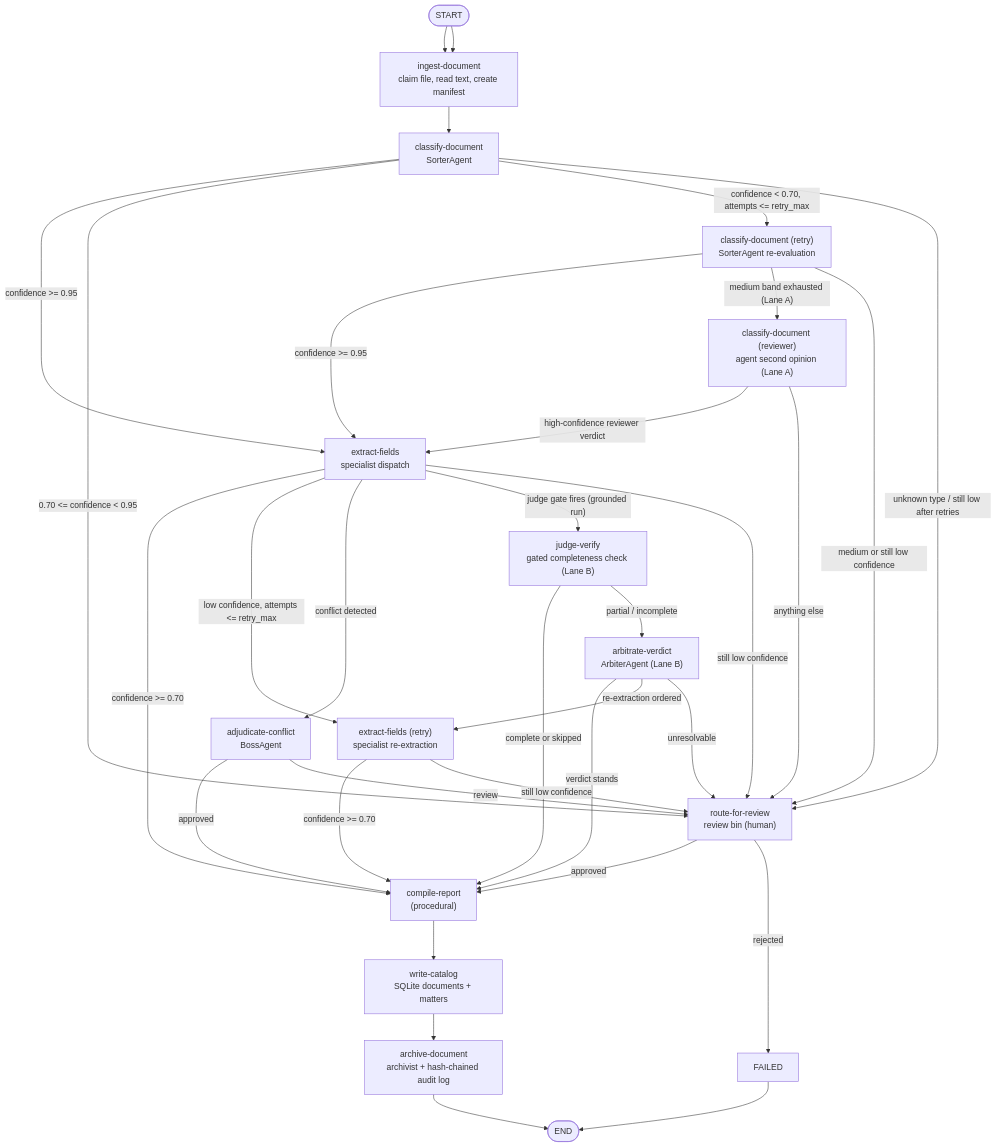
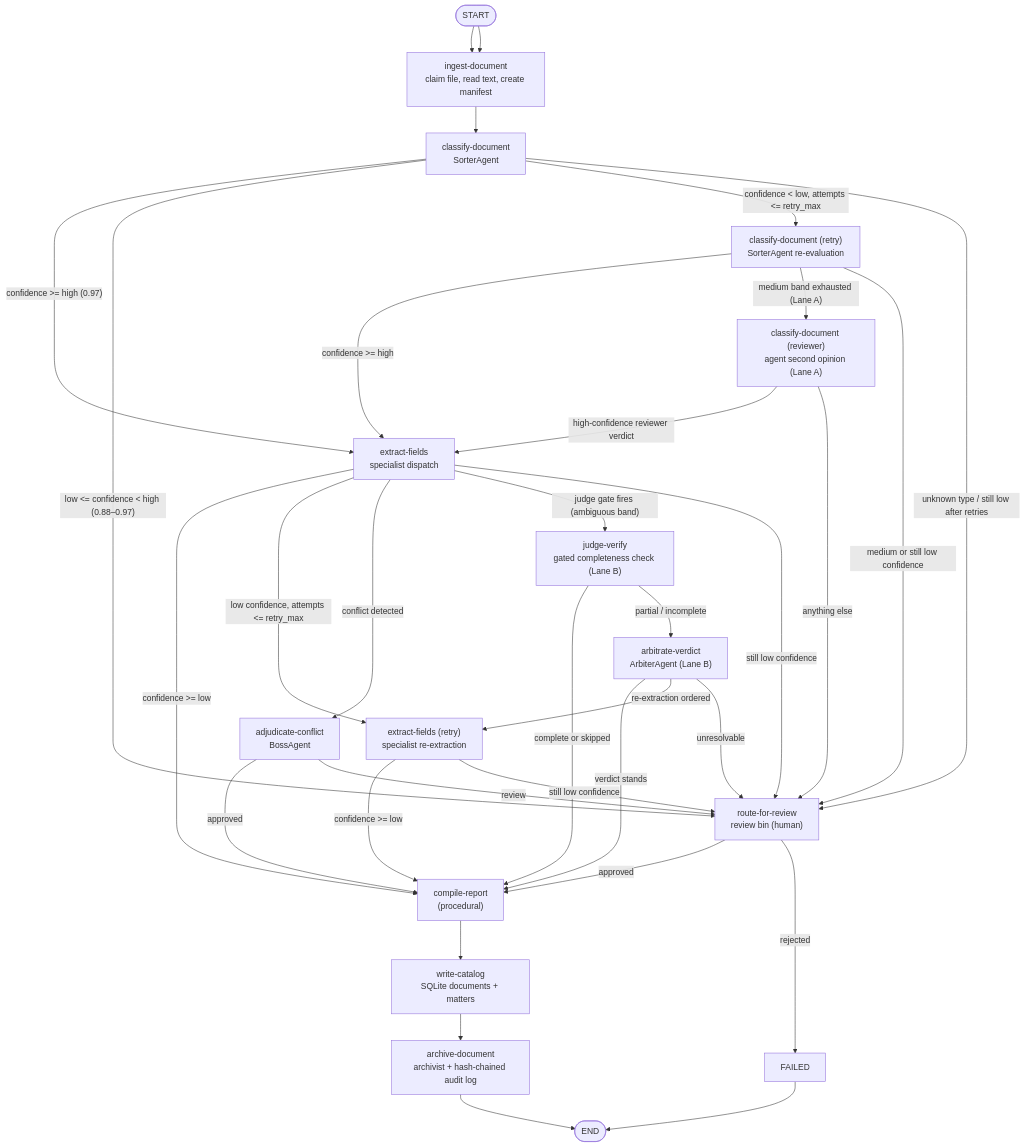
The first of 2 diagrams in README.md (Exios66/llm-mailroom), drawn with Mermaid before and after one commit. The commit also changed other lines of this file and 12 other files, not shown here.

````diff
--- a/README.md
+++ b/README.md
@@ -128,53 +128,53 @@
 ```mermaid
 flowchart TD
     START([START]) --> INGEST
 
     INGEST["ingest-document<br/>claim file, read text, create manifest"]
     CLASSIFY["classify-document<br/>SorterAgent"]
     RETRY_CLASS["classify-document (retry)<br/>SorterAgent re-evaluation"]
     REVIEW_CLASS["classify-document (reviewer)<br/>agent second opinion (Lane A)"]
     EXTRACT["extract-fields<br/>specialist dispatch"]
     RETRY_EXTRACT["extract-fields (retry)<br/>specialist re-extraction"]
     JUDGE["judge-verify<br/>gated completeness check (Lane B)"]
     ARBITER["arbitrate-verdict<br/>ArbiterAgent (Lane B)"]
     BOSS["adjudicate-conflict<br/>BossAgent"]
     REVIEW["route-for-review<br/>review bin (human)"]
     REPORT["compile-report<br/>(procedural)"]
     CATALOG["write-catalog<br/>SQLite documents + matters"]
     ARCHIVE["archive-document<br/>archivist + hash-chained audit log"]
     FAILED["FAILED"]
     ENDX([END])
 
     START --> INGEST
     INGEST --> CLASSIFY
 
-    CLASSIFY -- "confidence >= 0.95" --> EXTRACT
-    CLASSIFY -- "0.70 <= confidence < 0.95" --> REVIEW
-    CLASSIFY -- "confidence < 0.70, attempts <= retry_max" --> RETRY_CLASS
+    CLASSIFY -- "confidence >= high (0.97)" --> EXTRACT
+    CLASSIFY -- "low <= confidence < high (0.88–0.97)" --> REVIEW
+    CLASSIFY -- "confidence < low, attempts <= retry_max" --> RETRY_CLASS
     CLASSIFY -- "unknown type / still low after retries" --> REVIEW
-    RETRY_CLASS -- "confidence >= 0.95" --> EXTRACT
+    RETRY_CLASS -- "confidence >= high" --> EXTRACT
     RETRY_CLASS -- "medium band exhausted (Lane A)" --> REVIEW_CLASS
     RETRY_CLASS -- "medium or still low confidence" --> REVIEW
     REVIEW_CLASS -- "high-confidence reviewer verdict" --> EXTRACT
     REVIEW_CLASS -- "anything else" --> REVIEW
 
-    EXTRACT -- "confidence >= 0.70" --> REPORT
+    EXTRACT -- "confidence >= low" --> REPORT
     EXTRACT -- "low confidence, attempts <= retry_max" --> RETRY_EXTRACT
     EXTRACT -- "conflict detected" --> BOSS
-    EXTRACT -- "judge gate fires (grounded run)" --> JUDGE
+    EXTRACT -- "judge gate fires (ambiguous band)" --> JUDGE
     EXTRACT -- "still low confidence" --> REVIEW
-    RETRY_EXTRACT -- "confidence >= 0.70" --> REPORT
+    RETRY_EXTRACT -- "confidence >= low" --> REPORT
     RETRY_EXTRACT -- "still low confidence" --> REVIEW
 
     JUDGE -- "complete or skipped" --> REPORT
     JUDGE -- "partial / incomplete" --> ARBITER
     ARBITER -- "verdict stands" --> REPORT
     ARBITER -- "re-extraction ordered" --> RETRY_EXTRACT
     ARBITER -- "unresolvable" --> REVIEW
     BOSS -- "approved" --> REPORT
     BOSS -- "review" --> REVIEW
     REVIEW -- "approved" --> REPORT
     REVIEW -- "rejected" --> FAILED --> ENDX
 
     REPORT --> CATALOG --> ARCHIVE --> ENDX
 ```
````
